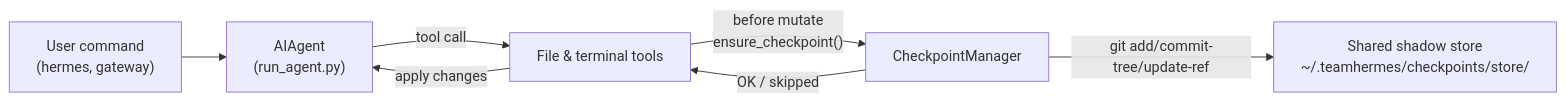
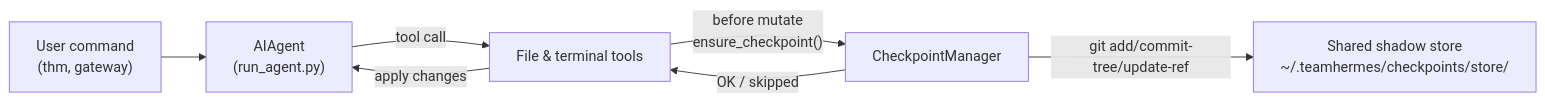
Before and after one commit to JingtaoLearn/teamhermes: the diagram in website/docs/user-guide/checkpoints-and-rollback.md, drawn with Mermaid. The commit also changed 227 other files, not shown here.

````diff
--- a/website/docs/user-guide/checkpoints-and-rollback.md
+++ b/website/docs/user-guide/checkpoints-and-rollback.md
@@ -69,15 +69,15 @@
 ```mermaid
 flowchart LR
-  user["User command\n(hermes, gateway)"]
+  user["User command\n(thm, gateway)"]
   agent["AIAgent\n(run_agent.py)"]
   tools["File & terminal tools"]
   cpMgr["CheckpointManager"]
   store["Shared shadow store\n~/.teamhermes/checkpoints/store/"]
 
   user --> agent
   agent -->|"tool call"| tools
   tools -->|"before mutate\nensure_checkpoint()"| cpMgr
   cpMgr -->|"git add/commit-tree/update-ref"| store
   cpMgr -->|"OK / skipped"| tools
   tools -->|"apply changes"| agent
 ```
````
